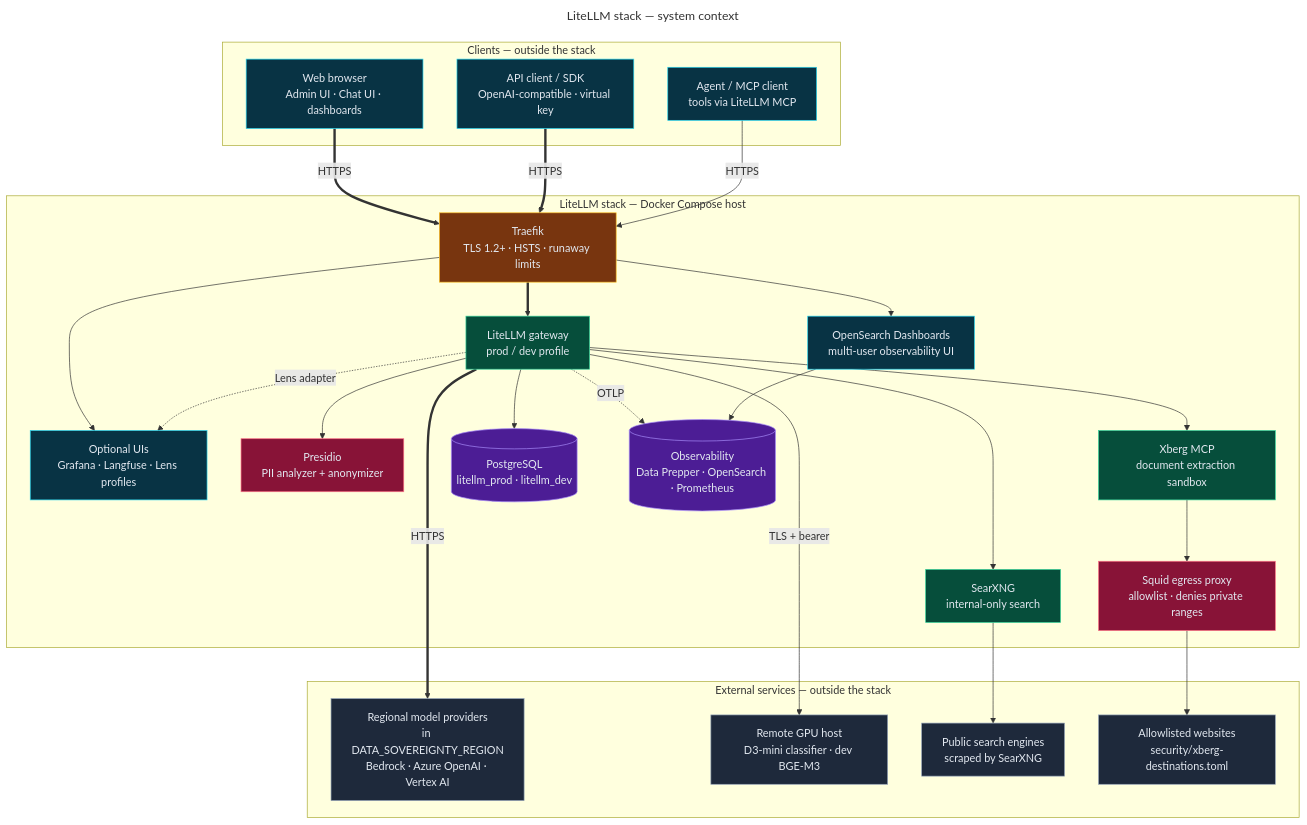
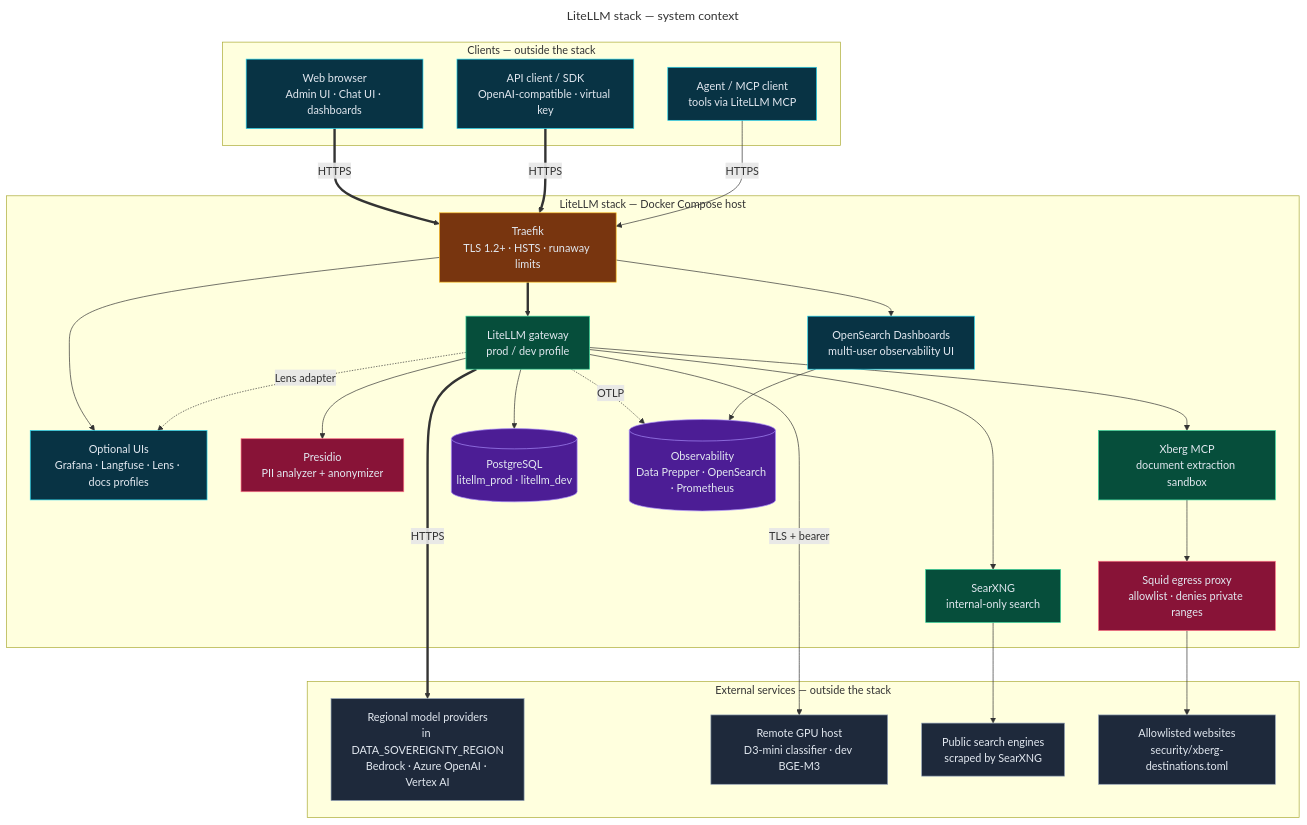
The diagram in diagrams/01-system-context.mmd (bella-1337/effective-spoon), drawn with Mermaid before and after one commit. The commit also changed 24 other files, not shown here.

First line of the commit message:
Serve the documentation from the stack with an optional docs profile

```diff
--- a/diagrams/01-system-context.mmd
+++ b/diagrams/01-system-context.mmd
@@ -1,64 +1,64 @@
 ---
 title: LiteLLM stack — system context
 ---
 flowchart TD
   %% Source for 01-system-context.html. Edit this file, then run ./scripts/render-diagrams.py.
   %% Directives: docs in diagrams/README.md (Updating diagrams).
   %% @mode architecture
   %% @subtitle Who calls the stack, what runs inside the Docker host, and which services live outside it
-  %% @card cyan | Clients | Browsers, SDKs, and agents reach the stack only through Traefik over HTTPS | API clients authenticate to LiteLLM with a virtual key or the master key | Operators use OpenSearch Dashboards, plus Grafana, Langfuse, or Lens when enabled
+  %% @card cyan | Clients | Browsers, SDKs, and agents reach the stack only through Traefik over HTTPS | API clients authenticate to LiteLLM with a virtual key or the master key | Operators use OpenSearch Dashboards, plus Grafana, Langfuse, Lens, or the documentation site when enabled
   %% @card violet | Inside the stack | LiteLLM is the single gateway for models, search, MCP tools, and guardrails | Presidio, SearXNG, Xberg, PostgreSQL, and telemetry stay on internal networks | Every container log, metric, and trace lands in OpenSearch by default
   %% @card rose | Outside the stack | Only the models named in .env serve completions, each from a Bedrock, Azure OpenAI, or Vertex AI location inside DATA_SOVEREIGNTY_REGION; a separate GPU host runs D3-mini and dev BGE-M3 embeddings behind one TLS proxy trusted through its mkcert CA, or the optional d3 profile runs D3-mini on the stack host's own GPU | SearXNG scrapes public engines — review their terms of use | Xberg reaches only allowlisted sites through the Squid egress proxy
   %% @journey #22d3ee: API TR LL EUP
   %% @journey #a78bfa: BR TR OSD OBS
   %% @journey #34d399: AG TR LL XB SQ WEB
 
   subgraph CL["Clients — outside the stack"]
     BR["Web browser<br/>Admin UI · Chat UI · dashboards"]:::frontend
     API["API client / SDK<br/>OpenAI-compatible · virtual key"]:::frontend
     AG["Agent / MCP client<br/>tools via LiteLLM MCP"]:::frontend
   end
   subgraph ST["LiteLLM stack — Docker Compose host"]
     TR["Traefik<br/>TLS 1.2+ · HSTS · runaway limits"]:::cloud
     LL["LiteLLM gateway<br/>prod / dev profile"]:::backend
     OSD["OpenSearch Dashboards<br/>multi-user observability UI"]:::frontend
-    OPT["Optional UIs<br/>Grafana · Langfuse · Lens profiles"]:::frontend
+    OPT["Optional UIs<br/>Grafana · Langfuse · Lens · docs profiles"]:::frontend
     PR["Presidio<br/>PII analyzer + anonymizer"]:::security
     SX["SearXNG<br/>internal-only search"]:::backend
     XB["Xberg MCP<br/>document extraction sandbox"]:::backend
     PG[("PostgreSQL<br/>litellm_prod · litellm_dev")]:::database
     OBS[("Observability<br/>Data Prepper · OpenSearch · Prometheus")]:::database
     SQ["Squid egress proxy<br/>allowlist · denies private ranges"]:::security
   end
   subgraph EX["External services — outside the stack"]
     EUP["Regional model providers<br/>in DATA_SOVEREIGNTY_REGION<br/>Bedrock · Azure OpenAI · Vertex AI"]:::external
     D3["Remote GPU host<br/>D3-mini classifier · dev BGE-M3"]:::external
     SE["Public search engines<br/>scraped by SearXNG"]:::external
     WEB["Allowlisted websites<br/>security/xberg-destinations.toml"]:::external
   end
 
   BR ==>|"HTTPS"| TR
   API ==>|"HTTPS"| TR
   AG -->|"HTTPS"| TR
   TR ==> LL
   TR --> OSD
   TR --> OPT
   LL --> PR
   LL --> SX
   LL --> XB
   LL --> PG
   LL -.->|"OTLP"| OBS
   LL -.->|"Lens adapter"| OPT
   OSD --> OBS
   XB --> SQ
   LL ==>|"HTTPS"| EUP
   LL -->|"TLS + bearer"| D3
   SX --> SE
   SQ --> WEB
 
   classDef backend fill:#064e3b,stroke:#34d399,color:#e2e8f0
   classDef cloud fill:#78350f,stroke:#fbbf24,color:#e2e8f0
   classDef database fill:#4c1d95,stroke:#a78bfa,color:#e2e8f0
   classDef external fill:#1e293b,stroke:#94a3b8,color:#e2e8f0
   classDef frontend fill:#083344,stroke:#22d3ee,color:#e2e8f0
   classDef security fill:#881337,stroke:#fb7185,color:#e2e8f0
```
